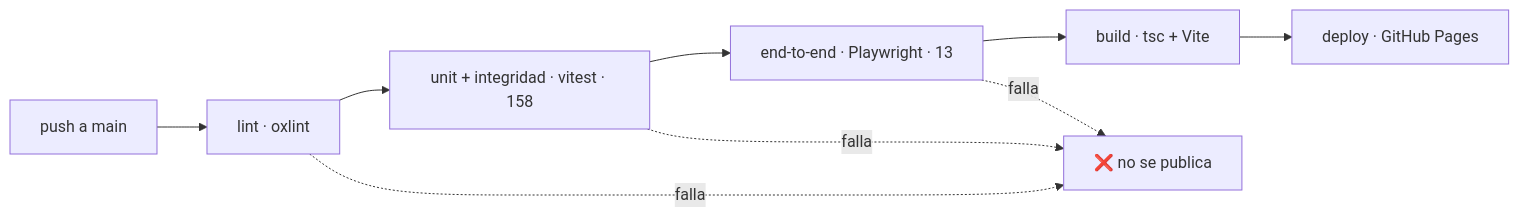
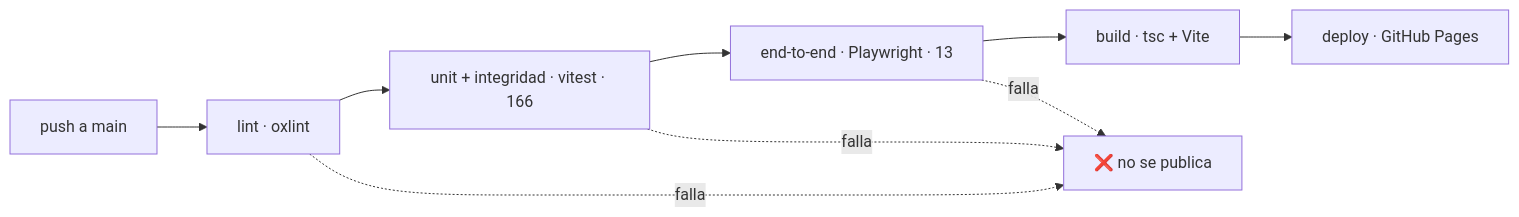
Before and after one commit to luzzaragoza/cuanto-me-falta: the diagram in docs/06-calidad.md, drawn with Mermaid. The commit also changed other lines of this file and 6 other files, not shown here.

````diff
--- a/docs/06-calidad.md
+++ b/docs/06-calidad.md
@@ -67,12 +67,12 @@
 ```mermaid
 %% svg:pipeline
 flowchart LR
     P["push a main"] --> L["lint · oxlint"]
-    L --> U["unit + integridad · vitest · 158"]
+    L --> U["unit + integridad · vitest · 166"]
     U --> E["end-to-end · Playwright · 13"]
     E --> B["build · tsc + Vite"]
     B --> D["deploy · GitHub Pages"]
     L -. falla .-> X["❌ no se publica"]
     U -. falla .-> X
     E -. falla .-> X
 ```
````
